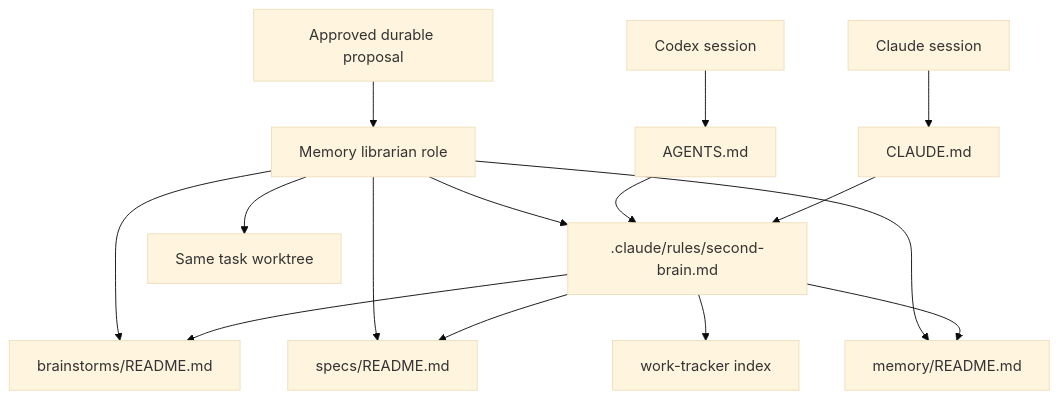
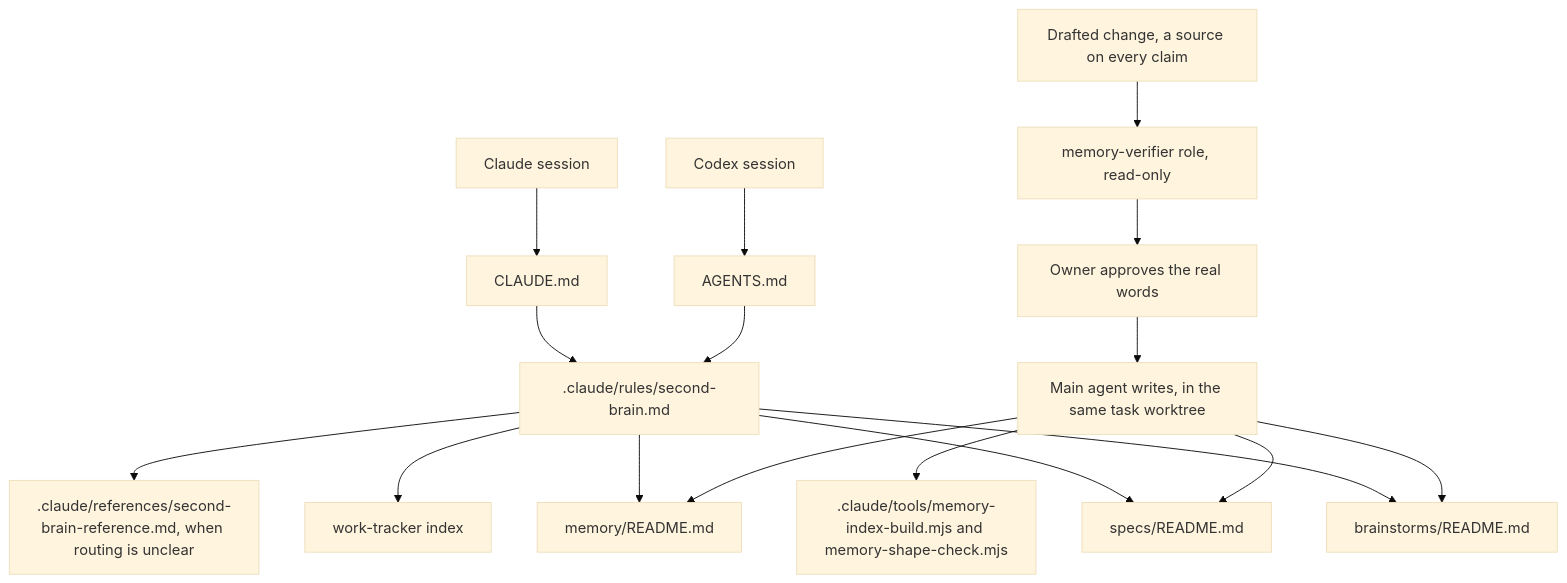
The diagram in docs/second-brain-v3/TOOLKIT-INTEGRATION.md (Mar5929/claude-toolkit), drawn with Mermaid (base theme) before and after one commit. The commit also changed other lines of this file and 25 other files, not shown here.

````diff
--- a/docs/second-brain-v3/TOOLKIT-INTEGRATION.md
+++ b/docs/second-brain-v3/TOOLKIT-INTEGRATION.md
@@ -160,17 +166,19 @@
 ```mermaid
 flowchart TD
     A[Claude session] --> C[CLAUDE.md]
     B[Codex session] --> D[AGENTS.md]
     C --> E[.claude/rules/second-brain.md]
     D --> E
     E --> F[brainstorms/README.md]
     E --> G[specs/README.md]
     E --> H[memory/README.md]
     E --> I[work-tracker index]
-    J[Approved durable proposal] --> K[Memory librarian role]
-    K --> E
-    K --> F
-    K --> G
-    K --> H
-    K --> L[Same task worktree]
+    E --> R[.claude/references/second-brain-reference.md, when routing is unclear]
+    J[Drafted change, a source on every claim] --> K[memory-verifier role, read-only]
+    K --> M[Owner approves the real words]
+    M --> N[Main agent writes, in the same task worktree]
+    N --> F
+    N --> G
+    N --> H
+    N --> O[.claude/tools/memory-index-build.mjs and memory-shape-check.mjs]
 ```
````
